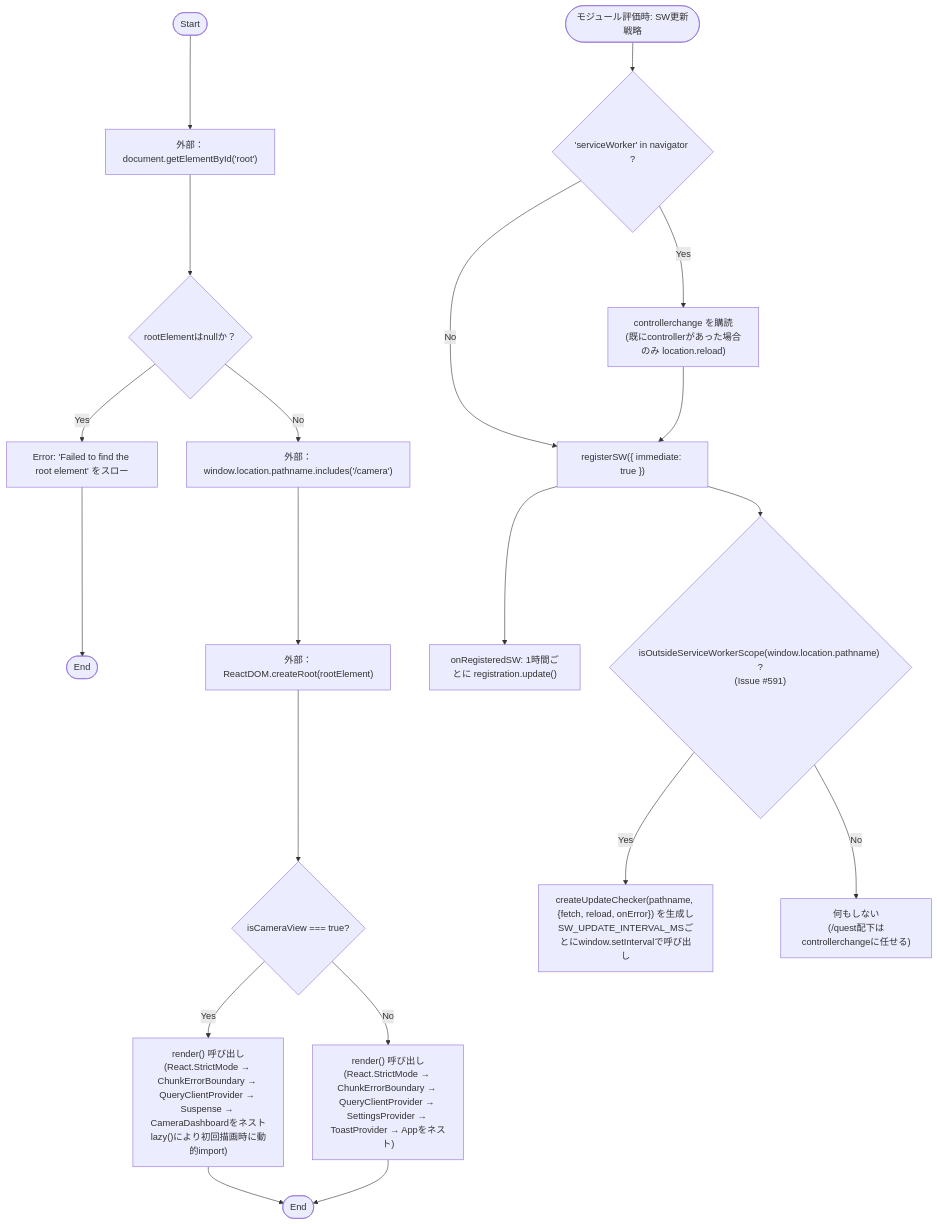
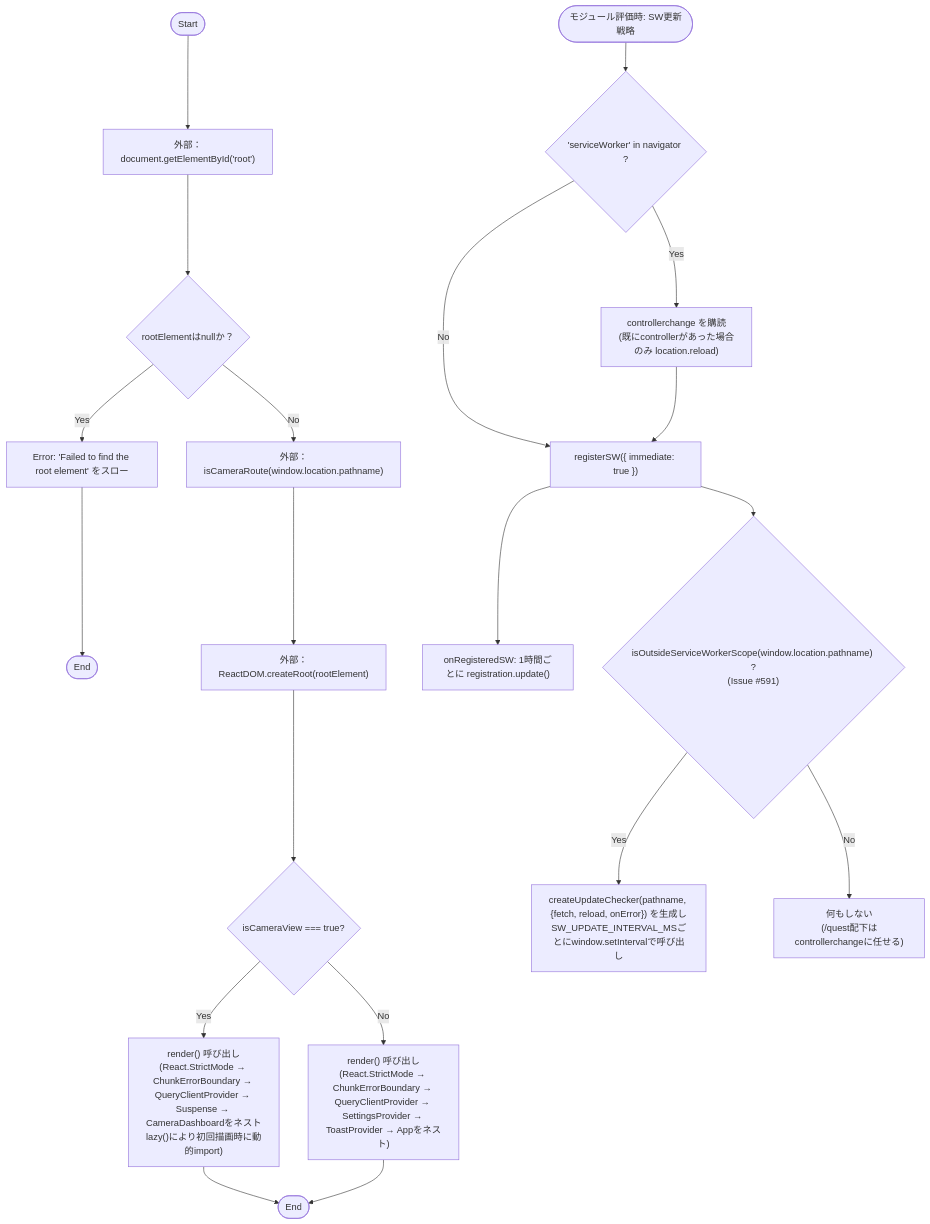
Before and after one commit to mmtigers/my_python_project: the first of 2 diagrams in docs/specifications/family-quest/main.md, drawn with Mermaid. The commit also changed other lines of this file and 5 other files, not shown here.

````diff
--- a/docs/specifications/family-quest/main.md
+++ b/docs/specifications/family-quest/main.md
@@ -89,24 +89,24 @@
 ```mermaid
 flowchart TD
     Start([Start]) --> GetElement["外部：document.getElementById('root')"]
     GetElement --> CheckNull{"rootElementはnullか？"}
     CheckNull -- Yes --> ThrowError["Error: 'Failed to find the root element' をスロー"]
     ThrowError --> EndError([End])
-    CheckNull -- No --> CheckCamera["外部：window.location.pathname.includes('/camera')"]
+    CheckNull -- No --> CheckCamera["外部：isCameraRoute(window.location.pathname)"]
     CheckCamera --> CreateRoot["外部：ReactDOM.createRoot(rootElement)"]
     CreateRoot --> IsCameraView{"isCameraView === true?"}
     IsCameraView -- Yes --> RenderCamera["render() 呼び出し<br>(React.StrictMode → ChunkErrorBoundary → QueryClientProvider → Suspense → CameraDashboardをネスト<br>lazy()により初回描画時に動的import)"]
     IsCameraView -- No --> RenderApp["render() 呼び出し<br>(React.StrictMode → ChunkErrorBoundary → QueryClientProvider → SettingsProvider → ToastProvider → Appをネスト)"]
     RenderCamera --> End([End])
     RenderApp --> End
 
     SWStart([モジュール評価時: SW更新戦略]) --> HasSW{"'serviceWorker' in navigator ?"}
     HasSW -- Yes --> Listen["controllerchange を購読<br>(既にcontrollerがあった場合のみ location.reload)"]
     HasSW -- No --> Register
     Listen --> Register["registerSW({ immediate: true })"]
     Register --> Interval["onRegisteredSW: 1時間ごとに registration.update()"]
     Register --> CheckScope{"isOutsideServiceWorkerScope(window.location.pathname) ?<br>(Issue #591)"}
     CheckScope -- Yes --> SetupChecker["createUpdateChecker(pathname, {fetch, reload, onError}) を生成し<br>SW_UPDATE_INTERVAL_MSごとにwindow.setIntervalで呼び出し"]
     CheckScope -- No --> ScopeNoOp["何もしない<br>(/quest配下はcontrollerchangeに任せる)"]
 
 ```
````
